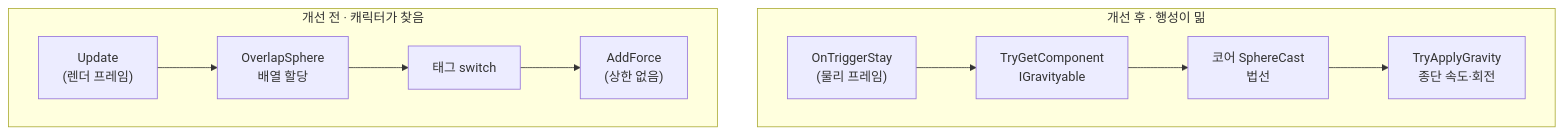
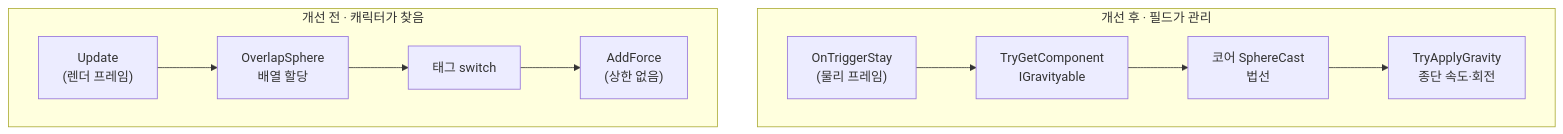
One commit to slshan0597/Portfolio-Development-of-a-3D-Platformer-Game-using-the-Unity changed the third of 3 diagrams in README.md. Above: the diagram before and after it, drawn with Mermaid.

````diff
--- a/README.md
+++ b/README.md
@@ -194,12 +194,12 @@
 ```mermaid
 flowchart LR
     subgraph B["개선 전 · 캐릭터가 찾음"]
         direction LR
         B1["Update<br/>(렌더 프레임)"] --> B2["OverlapSphere<br/>배열 할당"] --> B3["태그 switch"] --> B4["AddForce<br/>(상한 없음)"]
     end
-    subgraph A["개선 후 · 행성이 밂"]
+    subgraph A["개선 후 · 필드가 관리"]
         direction LR
         A1["OnTriggerStay<br/>(물리 프레임)"] --> A2["TryGetComponent<br/>IGravityable"] --> A3["코어 SphereCast<br/>법선"] --> A4["TryApplyGravity<br/>종단 속도·회전"]
     end
     B ~~~ A
 ```
````
